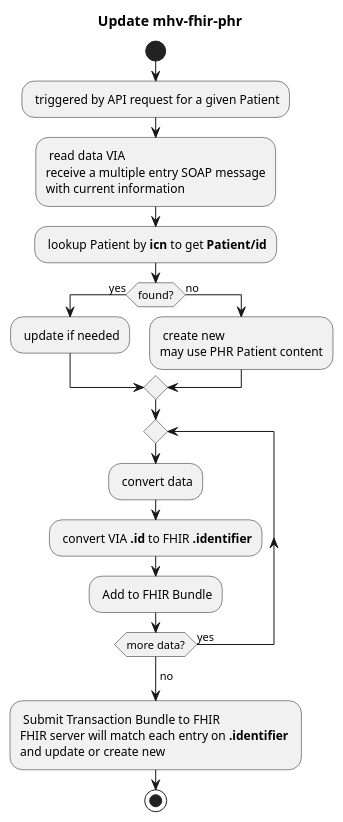
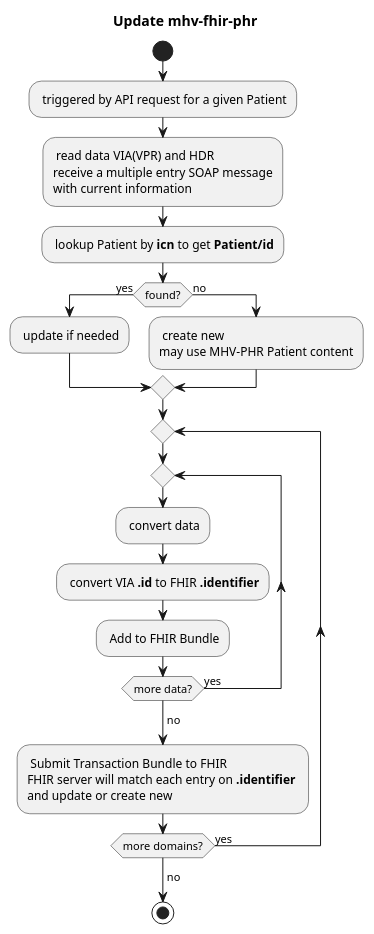
One commit to department-of-veterans-affairs/mhv-fhir-phr-mapping changed the diagram in input/images-source/update-flow.plantuml. Above: the diagram before and after it, drawn with PlantUML. The commit also changed 878 other files, not shown here.

```diff
--- a/input/images-source/update-flow.plantuml
+++ b/input/images-source/update-flow.plantuml
@@ -1,33 +1,37 @@
 @startuml
 title Update mhv-fhir-phr
 
 
 start
 : triggered by API request for a given Patient;
 
-: read data VIA
+: read data VIA(VPR) and HDR
 receive a multiple entry SOAP message
 with current information;
 
 : lookup Patient by **icn** to get **Patient/id**;
 if (found?) then (yes)
   : update if needed;
 else (no)
   : create new
-  may use PHR Patient content;
+  may use MHV-PHR Patient content;
 endif 
 
-repeat
-  : convert data;
-  : convert VIA **.id** to FHIR **.identifier**;
-  : Add to FHIR Bundle;
-repeat while (more data?) is (yes)
+repeat 
+  repeat
+    : convert data;
+    : convert VIA **.id** to FHIR **.identifier**;
+    : Add to FHIR Bundle;
+  repeat while (more data?) is (yes)
+  ->no;
+  : Submit Transaction Bundle to FHIR
+  FHIR server will match each entry on **.identifier** 
+  and update or create new;
+
+repeat while (more domains?) is (yes)
 ->no;
 
-: Submit Transaction Bundle to FHIR
-FHIR server will match each entry on **.identifier** 
-and update or create new;
 
 stop
 
 @enduml
```
